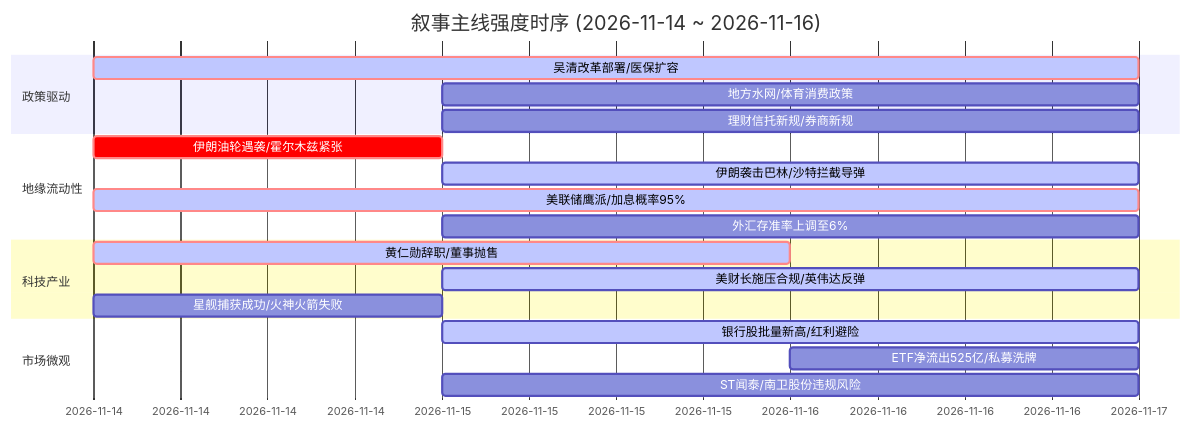
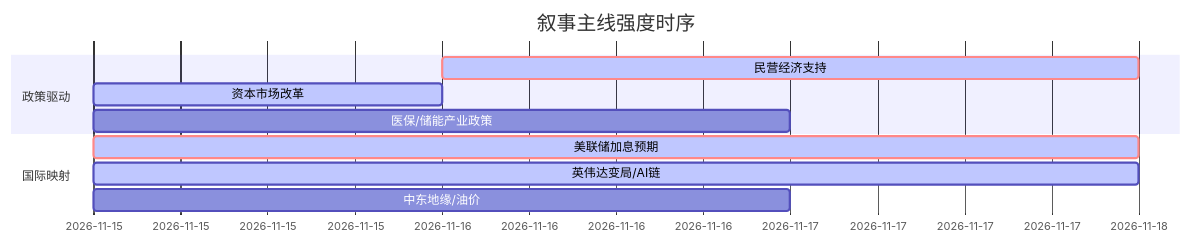
The diagram in 5day_report.md (uu5zn/uu5zn.github.io), drawn with Mermaid before and after one commit. The commit also changed other lines of this file and 23 other files, not shown here.

````diff
--- a/5day_report.md
+++ b/5day_report.md
@@ -56,25 +56,14 @@
 ```mermaid
 gantt
-    title 叙事主线强度时序 (2026-11-14 ~ 2026-11-16)
+    title 叙事主线强度时序
     dateFormat  YYYY-MM-DD
     section 政策驱动
-    吴清改革部署/医保扩容   :crit, active, 2026-11-14, 3d
-    地方水网/体育消费政策     :2026-11-15, 2d
-    理财信托新规/券商新规    :2026-11-15, 2d
+    民营经济支持   :crit, active, 2026-11-16, 2d
+    资本市场改革   :active, 2026-11-15, 1d
+    医保/储能产业政策 :2026-11-15, 2d
     
-    section 地缘流动性
-    伊朗油轮遇袭/霍尔木兹紧张 :crit, 2026-11-14, 1d
-    伊朗袭击巴林/沙特拦截导弹 :active, 2026-11-15, 2d
-    美联储鹰派/加息概率95%    :crit, active, 2026-11-14, 3d
-    外汇存准率上调至6%        :2026-11-15, 2d
-    
-    section 科技产业
-    黄仁勋辞职/董事抛售       :crit, active, 2026-11-14, 2d
-    美财长施压合规/英伟达反弹  :active, 2026-11-15, 2d
-    星舰捕获成功/火神火箭失败  :2026-11-14, 1d
-    
-    section 市场微观
-    银行股批量新高/红利避险   :active, 2026-11-15, 2d
-    ETF净流出525亿/私募洗牌    :2026-11-16, 1d
-    ST闻泰/南卫股份违规风险    :2026-11-15, 2d
+    section 国际映射
+    美联储加息预期 :crit, active, 2026-11-15, 3d
+    英伟达变局/AI链 :active, 2026-11-15, 3d
+    中东地缘/油价 :2026-11-15, 2d
 ```
````
